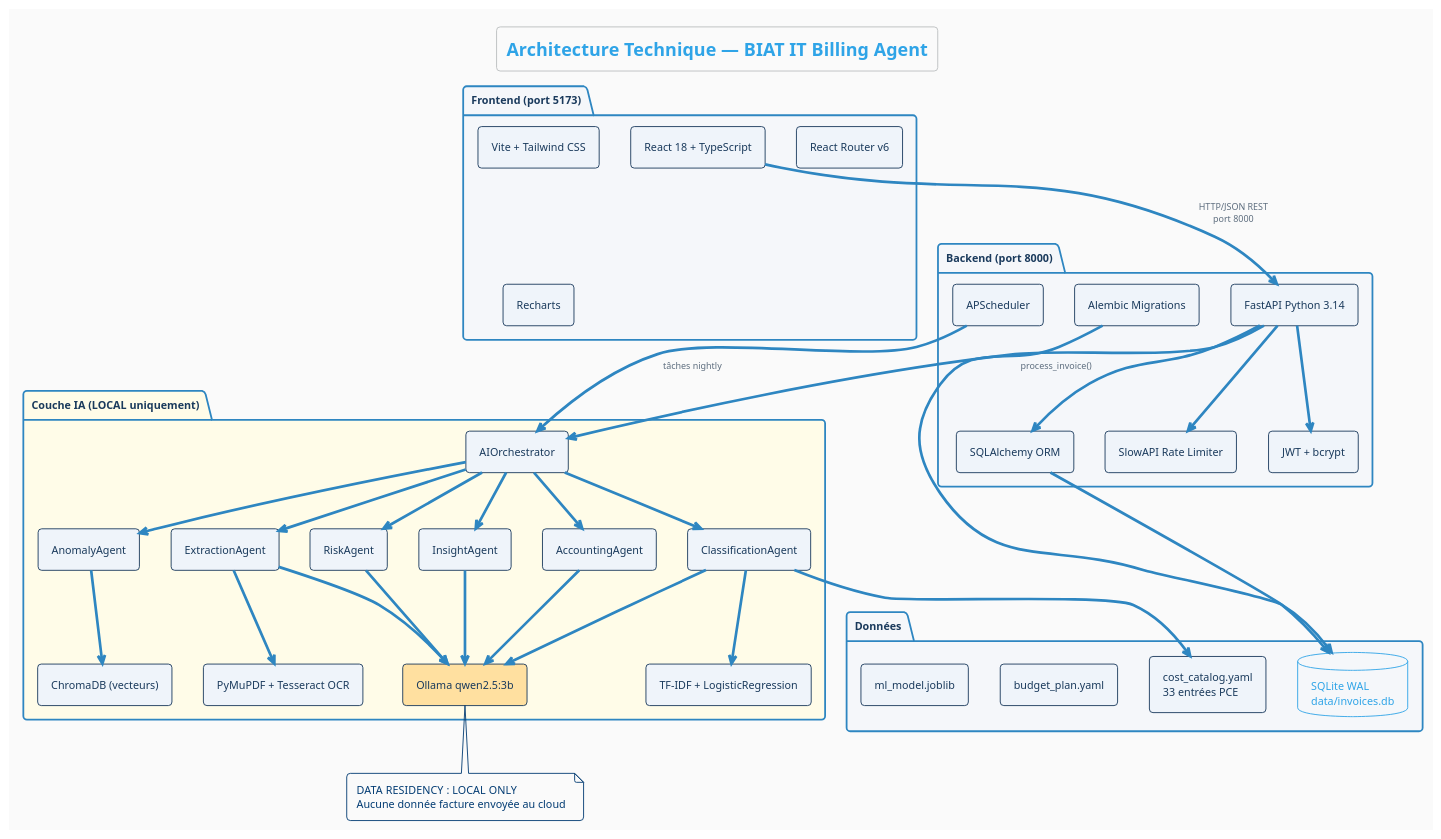
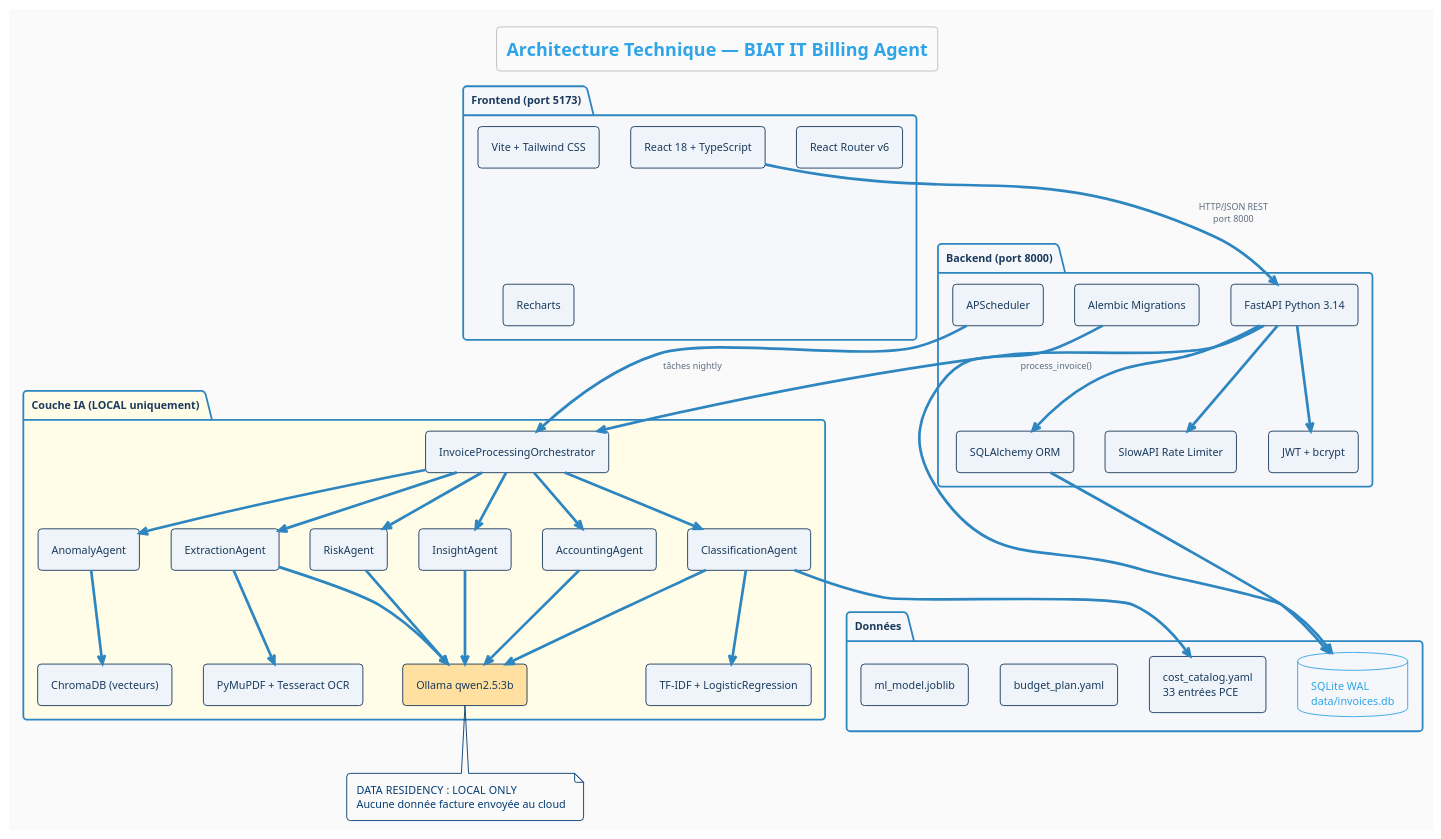
One commit to bayaCh05/biat-billing-agent changed the first of 18 diagrams in docs/diagrams/all_plantuml.puml. Above: the diagram before and after it, drawn with PlantUML. The commit also changed other lines of this file and 23 other files, not shown here.

First line of the commit message:
refactor: rename AIOrchestrator to InvoiceProcessingOrchestrator

```diff
--- a/docs/diagrams/all_plantuml.puml
+++ b/docs/diagrams/all_plantuml.puml
@@ -11,87 +11,87 @@
 @startuml Diagram01_ArchitectureTechnique
 !theme cerulean-outline
 skinparam backgroundColor #FAFAFA
 skinparam componentStyle rectangle
 skinparam component {
   BackgroundColor #EFF4FA
   BorderColor #1A3A5C
   FontColor #1A3A5C
 }
 skinparam package {
   BackgroundColor #F5F7FA
   BorderColor #2E86C1
   FontColor #1A3A5C
 }
 skinparam arrow {
   Color #2E86C1
   FontColor #5D6D7E
   FontSize 10
 }
 title Architecture Technique — BIAT IT Billing Agent
 
 package "Frontend (port 5173)" {
   [React 18 + TypeScript] as React
   [Vite + Tailwind CSS] as Vite
   [React Router v6] as Router
   [Recharts] as Charts
 }
 
 package "Backend (port 8000)" {
   [FastAPI Python 3.14] as FastAPI
   [SQLAlchemy ORM] as ORM
   [Alembic Migrations] as Alembic
   [APScheduler] as Scheduler
   [SlowAPI Rate Limiter] as RateLimit
   [JWT + bcrypt] as Auth
 }
 
 package "Couche IA (LOCAL uniquement)" #FFFCE8 {
-  [AIOrchestrator] as Orchestrator
+  [InvoiceProcessingOrchestrator] as Orchestrator
   [ExtractionAgent] as ExtAgent
   [ClassificationAgent] as ClassAgent
   [AnomalyAgent] as AnomalyAgent
   [AccountingAgent] as AccAgent
   [RiskAgent] as RiskAgent
   [InsightAgent] as InsightAgent
   [Ollama qwen2.5:3b] as Ollama #FFE0A0
   [TF-IDF + LogisticRegression] as ML
   [ChromaDB (vecteurs)] as Chroma
   [PyMuPDF + Tesseract OCR] as OCR
 }
 
 package "Données" {
   database "SQLite WAL\ndata/invoices.db" as DB
   [cost_catalog.yaml\n33 entrées PCE] as Catalog
   [budget_plan.yaml] as Budget
   [ml_model.joblib] as MLModel
 }
 
 React --> FastAPI : HTTP/JSON REST\nport 8000
 FastAPI --> ORM
 FastAPI --> Auth
 FastAPI --> RateLimit
 FastAPI --> Orchestrator : process_invoice()
 ORM --> DB
 Alembic --> DB
 Scheduler --> Orchestrator : tâches nightly
 Orchestrator --> ExtAgent
 Orchestrator --> ClassAgent
 Orchestrator --> AnomalyAgent
 Orchestrator --> AccAgent
 Orchestrator --> RiskAgent
 Orchestrator --> InsightAgent
 ExtAgent --> OCR
 ExtAgent --> Ollama
 ClassAgent --> ML
 ClassAgent --> Ollama
 ClassAgent --> Catalog
 AnomalyAgent --> Chroma
 AccAgent --> Ollama
 RiskAgent --> Ollama
 InsightAgent --> Ollama
 
 note bottom of Ollama
   DATA RESIDENCY : LOCAL ONLY
   Aucune donnée facture envoyée au cloud
 end note
 @enduml
```
